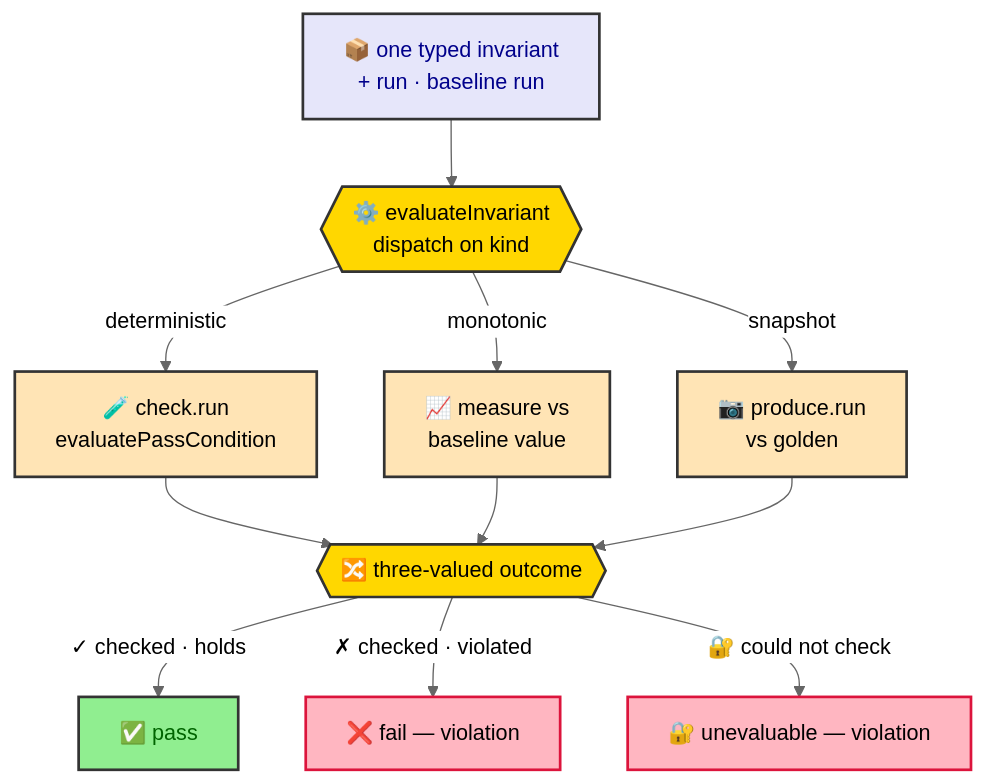
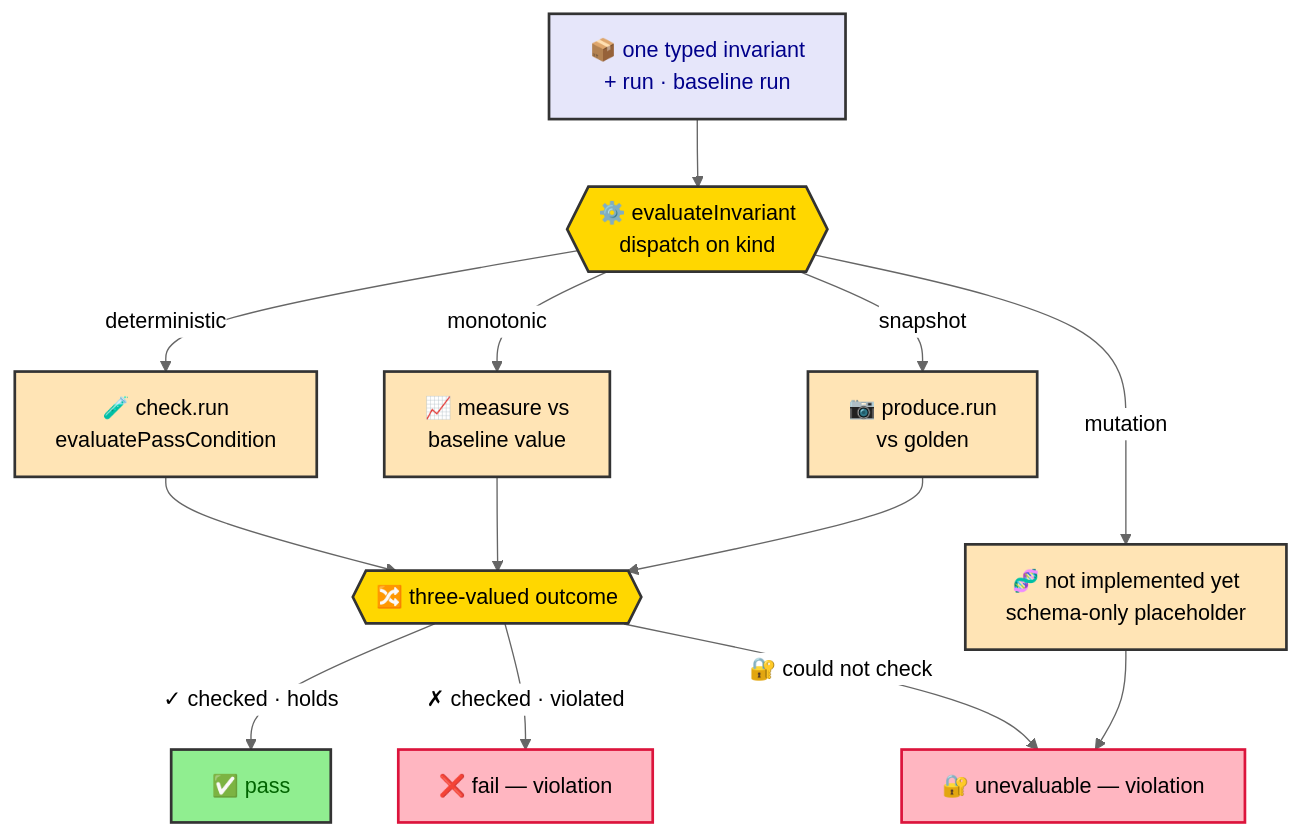
Before and after one commit to joctaTorres/ratchet: the second of 3 diagrams in docs/eval-invariants.md, drawn with Mermaid (neutral theme). The commit also changed other lines of this file and 9 other files, not shown here.

First line of the commit message:
feat(eval): mutation invariant schema (kind: mutation)

````diff
--- a/docs/eval-invariants.md
+++ b/docs/eval-invariants.md
@@ -81,32 +88,34 @@
 ```mermaid
 flowchart TD
     INV[📦 one typed invariant<br/>+ run · baseline run]
     EVAL{{⚙️ evaluateInvariant<br/>dispatch on kind}}
 
     INV --> EVAL
 
     EVAL -->|deterministic| DET[🧪 check.run<br/>evaluatePassCondition]
     EVAL -->|monotonic| MON[📈 measure vs<br/>baseline value]
     EVAL -->|snapshot| SNAP[📷 produce.run<br/>vs golden]
+    EVAL -->|mutation| MUT[🧬 not implemented yet<br/>schema-only placeholder]
 
     DET --> OUTCOME
     MON --> OUTCOME
     SNAP --> OUTCOME
+    MUT --> UNEV
 
     OUTCOME{{🔀 three-valued outcome}}
     OUTCOME -->|✓ checked · holds| PASS[✅ pass]
     OUTCOME -->|✗ checked · violated| FAILV[❌ fail — violation]
     OUTCOME -->|🔐 could not check| UNEV[🔐 unevaluable — violation]
 
     classDef source   fill:#E6E6FA,stroke:#333,stroke-width:2px,color:darkblue
     classDef core     fill:#FFD700,stroke:#333,stroke-width:2px,color:black
     classDef kind     fill:#FFE4B5,stroke:#333,stroke-width:2px,color:black
     classDef ok       fill:#90EE90,stroke:#333,stroke-width:2px,color:darkgreen
     classDef err      fill:#FFB6C1,stroke:#DC143C,stroke-width:2px,color:black
 
     class INV source
     class EVAL,OUTCOME core
-    class DET,MON,SNAP kind
+    class DET,MON,SNAP,MUT kind
     class PASS ok
     class FAILV,UNEV err
 ```
````
